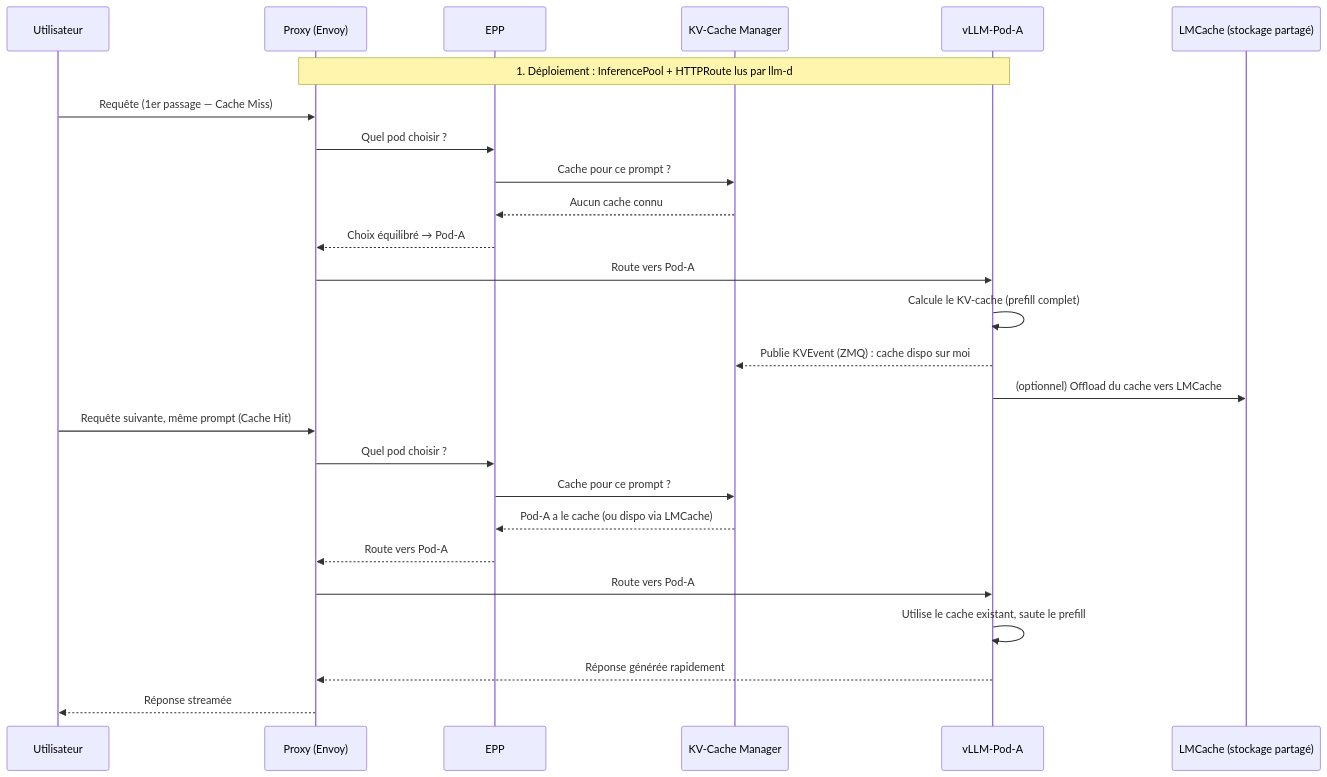
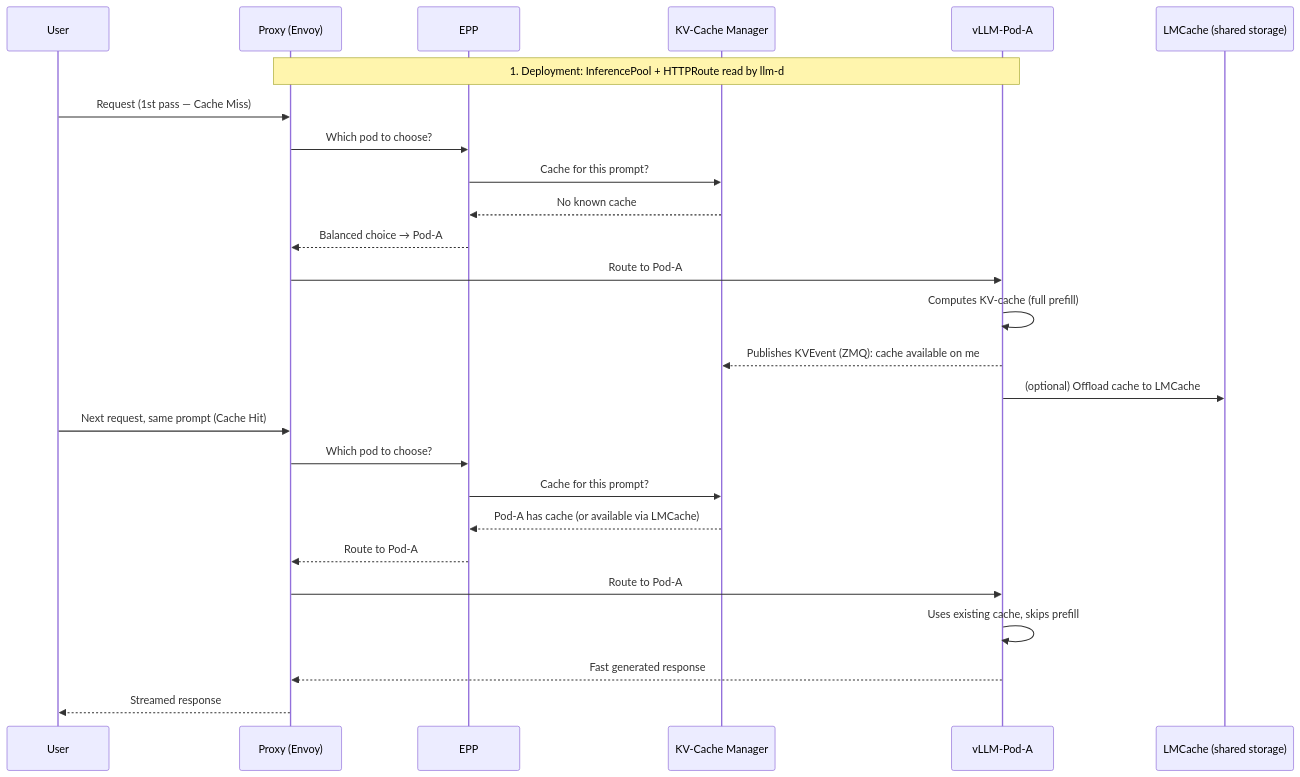
One commit to ADORSYS-GIS/Custom-Ai-Ops changed diagram 13 of 26 in docs/explain/llm-d.md. Above: the diagram before and after it, drawn with Mermaid. The commit also changed other lines of this file, not shown here.

Commit message:
feat(Custom-AI-Ops): llm-d explaind and  full implementation

````diff
--- a/docs/explain/llm-d.md
+++ b/docs/explain/llm-d.md
@@ -475,31 +475,31 @@
 ```mermaid
 sequenceDiagram
-    participant U as Utilisateur
+    participant U as User
     participant Proxy as Proxy (Envoy)
     participant EPP as EPP
     participant KVM as KV-Cache Manager
     participant PA as vLLM-Pod-A
-    participant LMC as LMCache (stockage partagé)
+    participant LMC as LMCache (shared storage)
 
-    Note over Proxy,PA: 1. Déploiement : InferencePool + HTTPRoute lus par llm-d
+    Note over Proxy,PA: 1. Deployment: InferencePool + HTTPRoute read by llm-d
 
-    U->>Proxy: Requête (1er passage — Cache Miss)
-    Proxy->>EPP: Quel pod choisir ?
-    EPP->>KVM: Cache pour ce prompt ?
-    KVM-->>EPP: Aucun cache connu
-    EPP-->>Proxy: Choix équilibré → Pod-A
-    Proxy->>PA: Route vers Pod-A
-    PA->>PA: Calcule le KV-cache (prefill complet)
-    PA-->>KVM: Publie KVEvent (ZMQ) : cache dispo sur moi
-    PA->>LMC: (optionnel) Offload du cache vers LMCache
+    U->>Proxy: Request (1st pass — Cache Miss)
+    Proxy->>EPP: Which pod to choose?
+    EPP->>KVM: Cache for this prompt?
+    KVM-->>EPP: No known cache
+    EPP-->>Proxy: Balanced choice → Pod-A
+    Proxy->>PA: Route to Pod-A
+    PA->>PA: Computes KV-cache (full prefill)
+    PA-->>KVM: Publishes KVEvent (ZMQ): cache available on me
+    PA->>LMC: (optional) Offload cache to LMCache
 
-    U->>Proxy: Requête suivante, même prompt (Cache Hit)
-    Proxy->>EPP: Quel pod choisir ?
-    EPP->>KVM: Cache pour ce prompt ?
-    KVM-->>EPP: Pod-A a le cache (ou dispo via LMCache)
-    EPP-->>Proxy: Route vers Pod-A
-    Proxy->>PA: Route vers Pod-A
-    PA->>PA: Utilise le cache existant, saute le prefill
-    PA-->>Proxy: Réponse générée rapidement
-    Proxy-->>U: Réponse streamée
+    U->>Proxy: Next request, same prompt (Cache Hit)
+    Proxy->>EPP: Which pod to choose?
+    EPP->>KVM: Cache for this prompt?
+    KVM-->>EPP: Pod-A has cache (or available via LMCache)
+    EPP-->>Proxy: Route to Pod-A
+    Proxy->>PA: Route to Pod-A
+    PA->>PA: Uses existing cache, skips prefill
+    PA-->>Proxy: Fast generated response
+    Proxy-->>U: Streamed response
 ```
````
